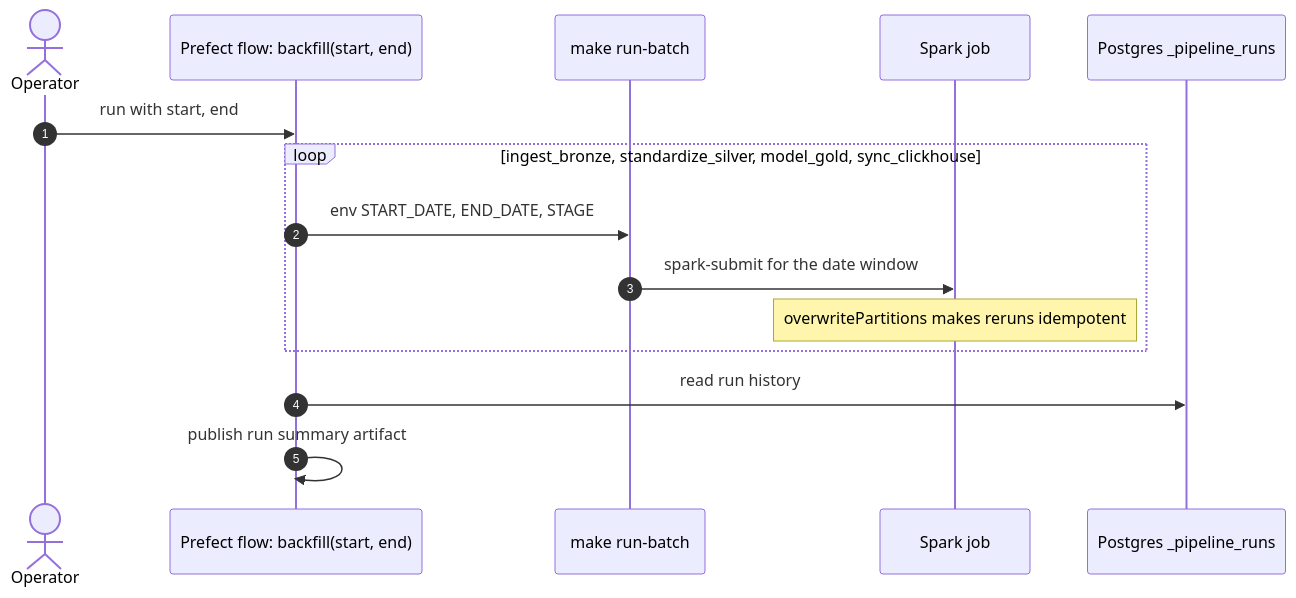
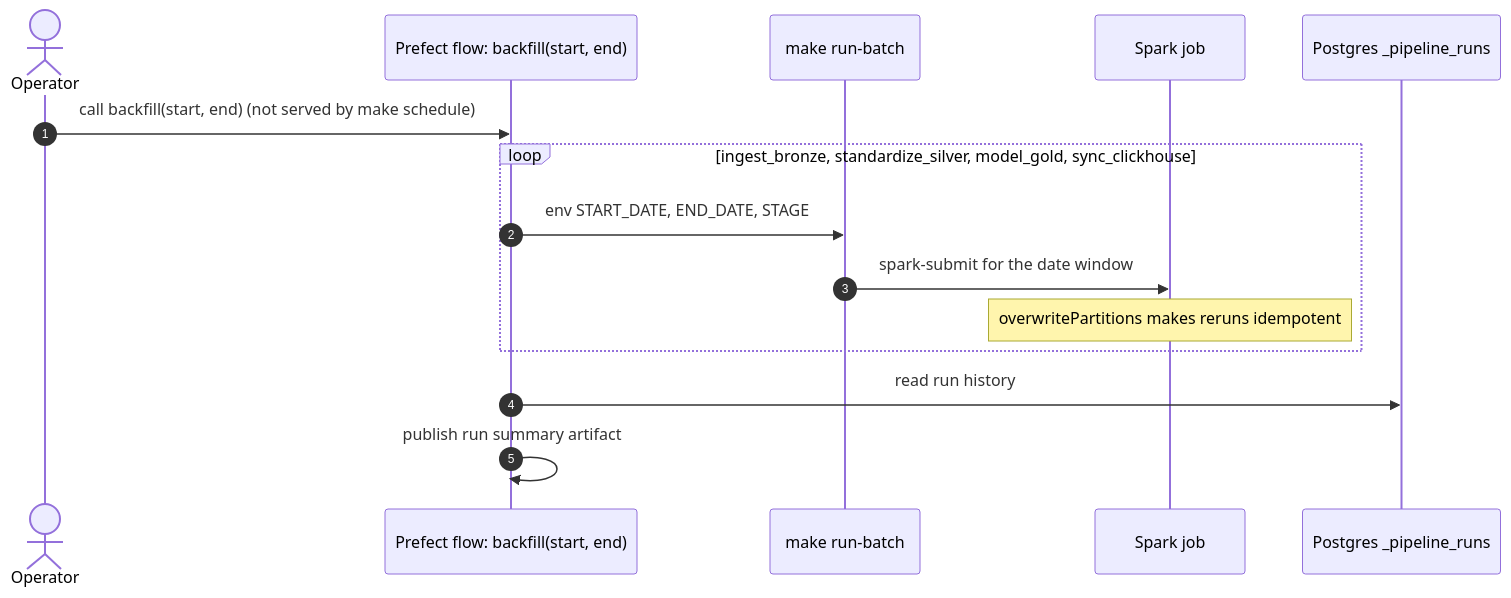
Before and after one commit to Mr-Number-One-Learning/dataone: the fourth of 5 diagrams in docs/SEQUENCE_DIAGRAMS.md, drawn with Mermaid. The commit also changed other lines of this file and 22 other files, not shown here.

````diff
--- a/docs/SEQUENCE_DIAGRAMS.md
+++ b/docs/SEQUENCE_DIAGRAMS.md
@@ -114,18 +116,18 @@
 ```mermaid
 sequenceDiagram
     autonumber
     actor Op as Operator
     participant Flow as Prefect flow: backfill(start, end)
     participant Make as make run-batch
     participant Spark as Spark job
     participant PG as Postgres _pipeline_runs
 
-    Op->>Flow: run with start, end
+    Op->>Flow: call backfill(start, end) (not served by make schedule)
     loop ingest_bronze, standardize_silver, model_gold, sync_clickhouse
         Flow->>Make: env START_DATE, END_DATE, STAGE
         Make->>Spark: spark-submit for the date window
         Note over Spark: overwritePartitions makes reruns idempotent
     end
     Flow->>PG: read run history
     Flow->>Flow: publish run summary artifact
 ```
````
